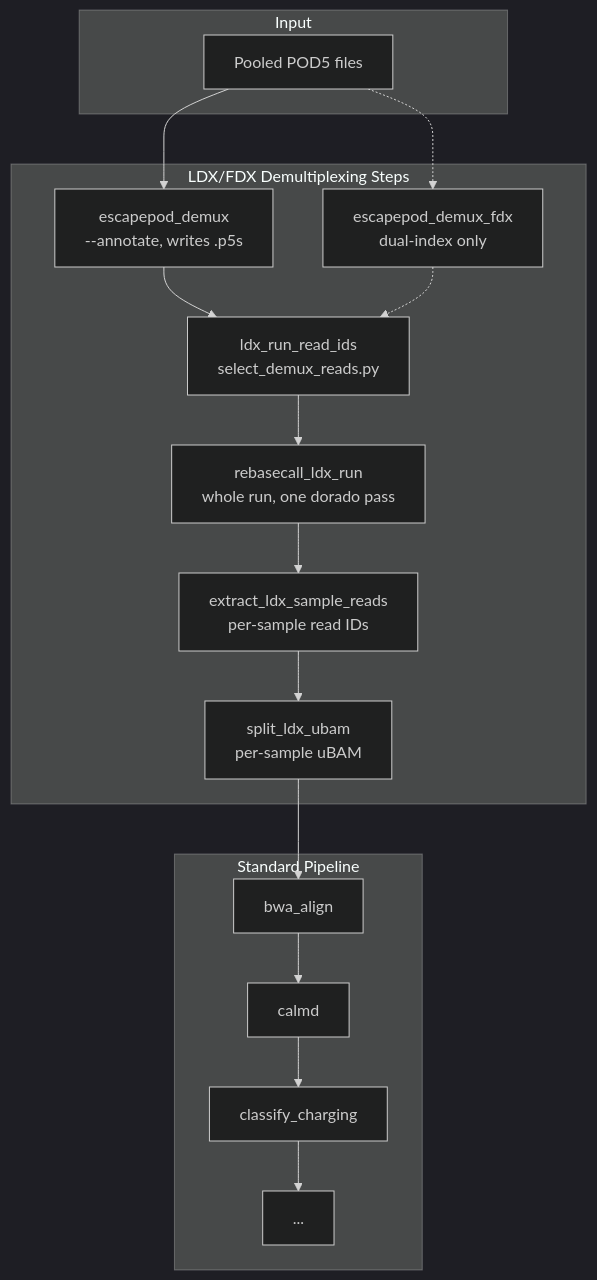
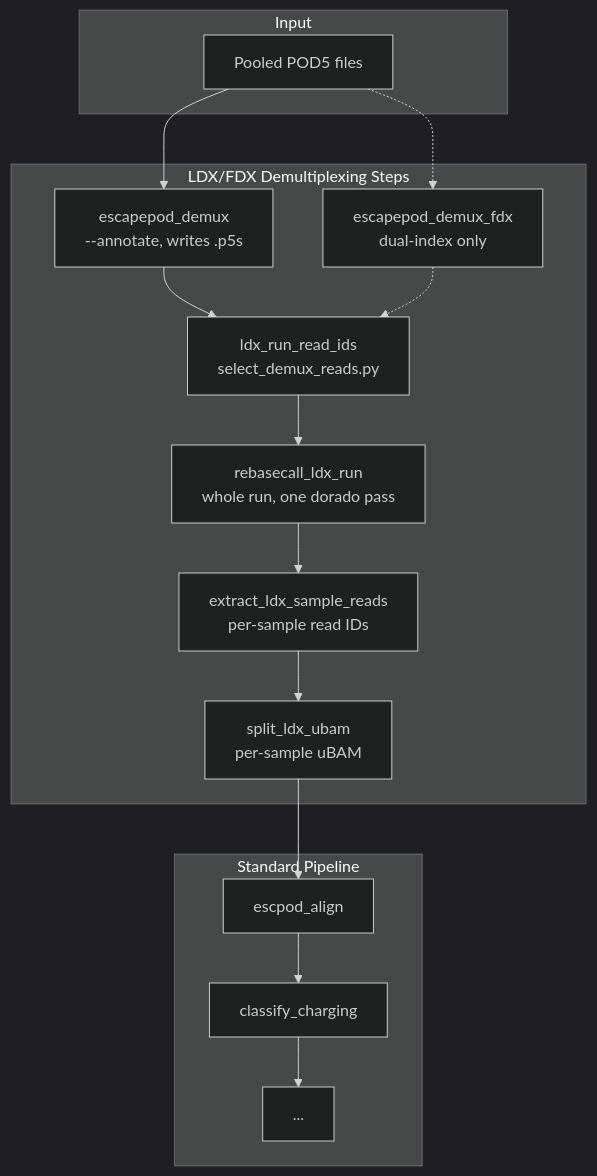
One commit to rnabioco/aa-tRNA-seq-pipeline changed the third of 3 diagrams in docs/workflow/demultiplexing.md. Above: the diagram before and after it, drawn with Mermaid (dark theme). The commit also changed other lines of this file and 42 other files, not shown here.

First line of the commit message:
feat(align): replace bwa_align + calmd with escpod align

````diff
--- a/docs/workflow/demultiplexing.md
+++ b/docs/workflow/demultiplexing.md
@@ -273,28 +272,27 @@
 ```mermaid
 flowchart TB
     subgraph Input
         A2[Pooled POD5 files]
     end
 
     subgraph Demux2[LDX/FDX Demultiplexing Steps]
         B2[escapepod_demux<br/>--annotate, writes .p5s]
         C2[escapepod_demux_fdx<br/>dual-index only]
         D2[ldx_run_read_ids<br/>select_demux_reads.py]
         E2[rebasecall_ldx_run<br/>whole run, one dorado pass]
         F2[extract_ldx_sample_reads<br/>per-sample read IDs]
         G2[split_ldx_ubam<br/>per-sample uBAM]
     end
 
     subgraph Standard2[Standard Pipeline]
-        H2[bwa_align]
-        CM2[calmd]
+        H2[escpod_align]
         I2[classify_charging]
         J2[...]
     end
 
     A2 --> B2
     A2 -.-> C2
     B2 --> D2
     C2 -.-> D2
-    D2 --> E2 --> F2 --> G2 --> H2 --> CM2 --> I2 --> J2
+    D2 --> E2 --> F2 --> G2 --> H2 --> I2 --> J2
 ```
````
